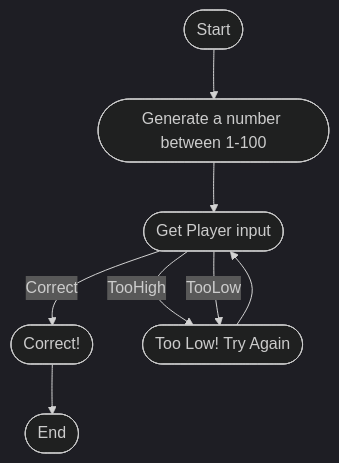
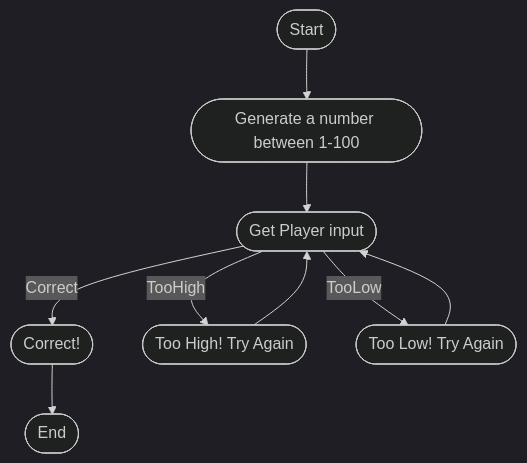
One commit to veturon2/veturon2.github.io changed the diagram in Guessing.md. Above: the diagram before and after it, drawn with Mermaid (dark theme).

````diff
--- a/Guessing.md
+++ b/Guessing.md
@@ -3,12 +3,13 @@
 ```mermaid
 flowchart TD;
   Start([Start])-->RandomNumber([Generate a number between 1-100]);
   RandomNumber-->PlayerInput([Get Player input]);
   
   PlayerInput--Correct-->CorrectGuess([Correct!]);
-  PlayerInput--TooHigh-->WrongGuess([Too High! Try Again]);
-  PlayerInput--TooLow-->WrongGuess([Too Low! Try Again]);
+  PlayerInput--TooHigh-->WrongGuessHigh([Too High! Try Again]);
+  PlayerInput--TooLow-->WrongGuessLow([Too Low! Try Again]);
   
-  WrongGuess-->PlayerInput
+  WrongGuessHigh-->PlayerInput
+  WrongGuessLow-->PlayerInput
   CorrectGuess-->End([End])
 ```
````
